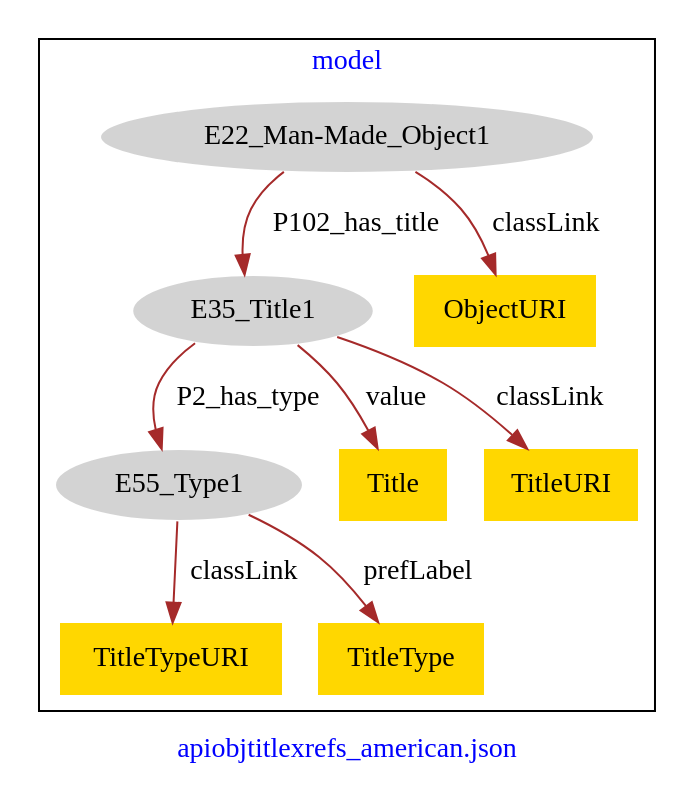
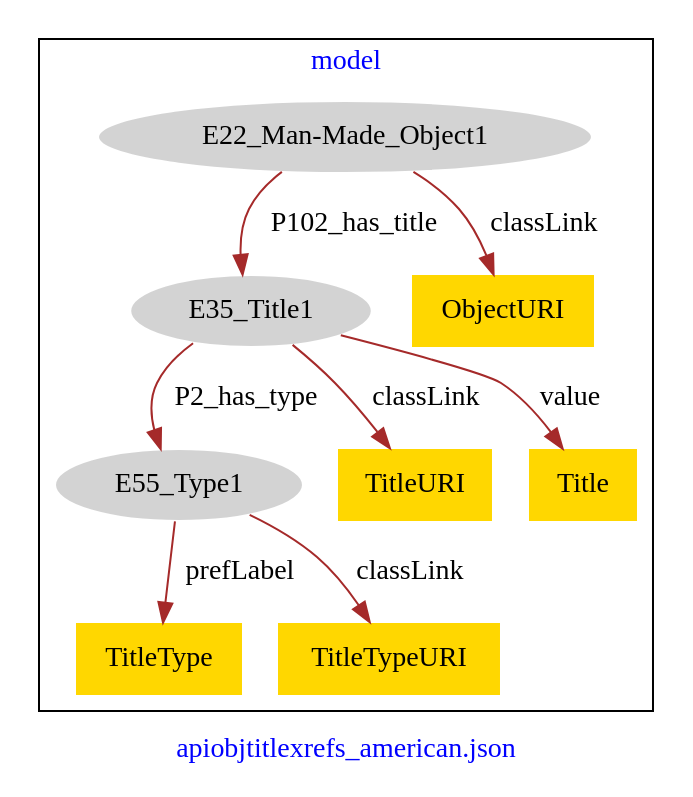
The diagram in apiobjtitlexrefs_american/apiobjtitlexrefs_american-other_titles-model.dot (american-art/PUAM), drawn with Graphviz before and after one commit.

Commit message:
Update file apiobjtitlexrefs_american-other_titles-model.dot

```diff
--- a/apiobjtitlexrefs_american/apiobjtitlexrefs_american-other_titles-model.dot
+++ b/apiobjtitlexrefs_american/apiobjtitlexrefs_american-other_titles-model.dot
@@ -1,23 +1,23 @@
 digraph n0 {
 fontcolor="blue"
 remincross="true"
 label="apiobjtitlexrefs_american.json"
 subgraph cluster {
 label="model"
 n2[style="filled",color="white",fillcolor="lightgray",label="E22_Man-Made_Object1"];
 n3[style="filled",color="white",fillcolor="lightgray",label="E35_Title1"];
 n4[style="filled",color="white",fillcolor="lightgray",label="E55_Type1"];
-n5[shape="plaintext",style="filled",fillcolor="gold",label="ObjectURI"];
-n6[shape="plaintext",style="filled",fillcolor="gold",label="Title"];
-n7[shape="plaintext",style="filled",fillcolor="gold",label="TitleURI"];
-n8[shape="plaintext",style="filled",fillcolor="gold",label="TitleTypeURI"];
-n9[shape="plaintext",style="filled",fillcolor="gold",label="TitleType"];
+n5[shape="plaintext",style="filled",fillcolor="gold",label="TitleURI"];
+n6[shape="plaintext",style="filled",fillcolor="gold",label="ObjectURI"];
+n7[shape="plaintext",style="filled",fillcolor="gold",label="TitleType"];
+n8[shape="plaintext",style="filled",fillcolor="gold",label="Title"];
+n9[shape="plaintext",style="filled",fillcolor="gold",label="TitleTypeURI"];
 }
 n2 -> n3[color="brown",fontcolor="black",label="P102_has_title"]
 n3 -> n4[color="brown",fontcolor="black",label="P2_has_type"]
-n2 -> n5[color="brown",fontcolor="black",label="classLink"]
-n3 -> n6[color="brown",fontcolor="black",label="value"]
-n3 -> n7[color="brown",fontcolor="black",label="classLink"]
-n4 -> n8[color="brown",fontcolor="black",label="classLink"]
-n4 -> n9[color="brown",fontcolor="black",label="prefLabel"]
+n3 -> n5[color="brown",fontcolor="black",label="classLink"]
+n2 -> n6[color="brown",fontcolor="black",label="classLink"]
+n4 -> n7[color="brown",fontcolor="black",label="prefLabel"]
+n3 -> n8[color="brown",fontcolor="black",label="value"]
+n4 -> n9[color="brown",fontcolor="black",label="classLink"]
 }
```
